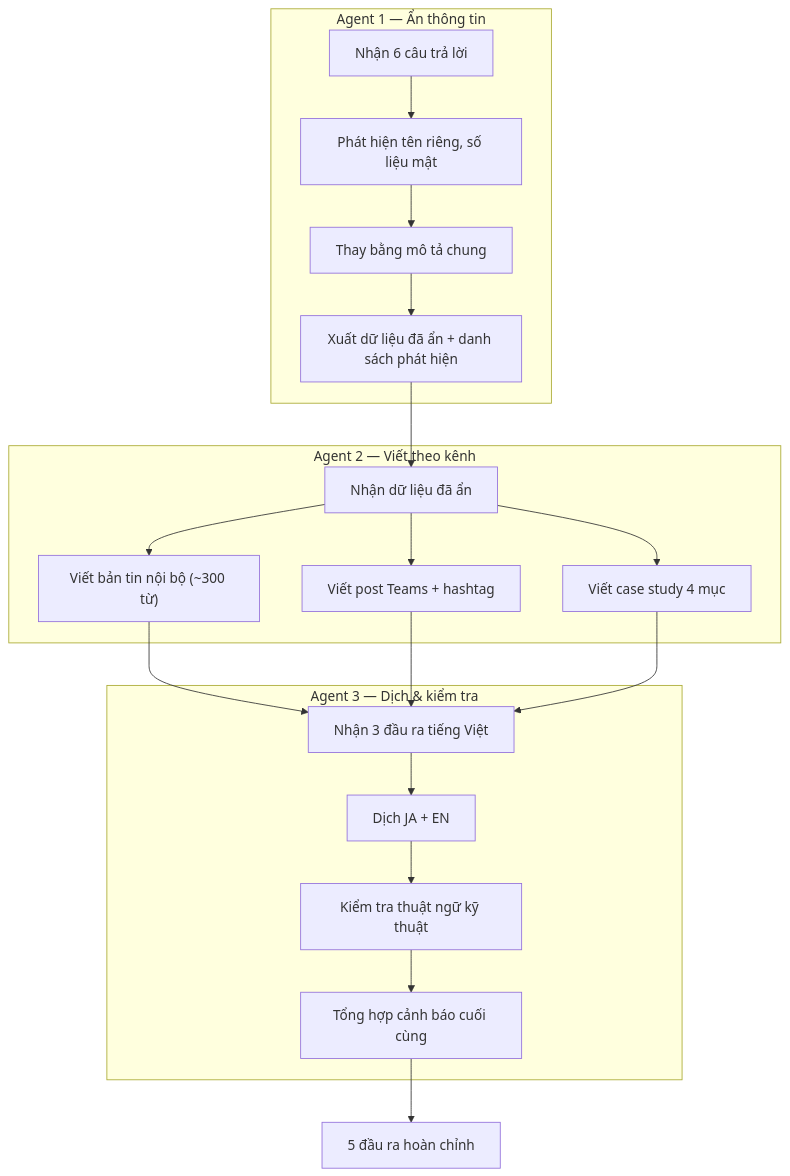
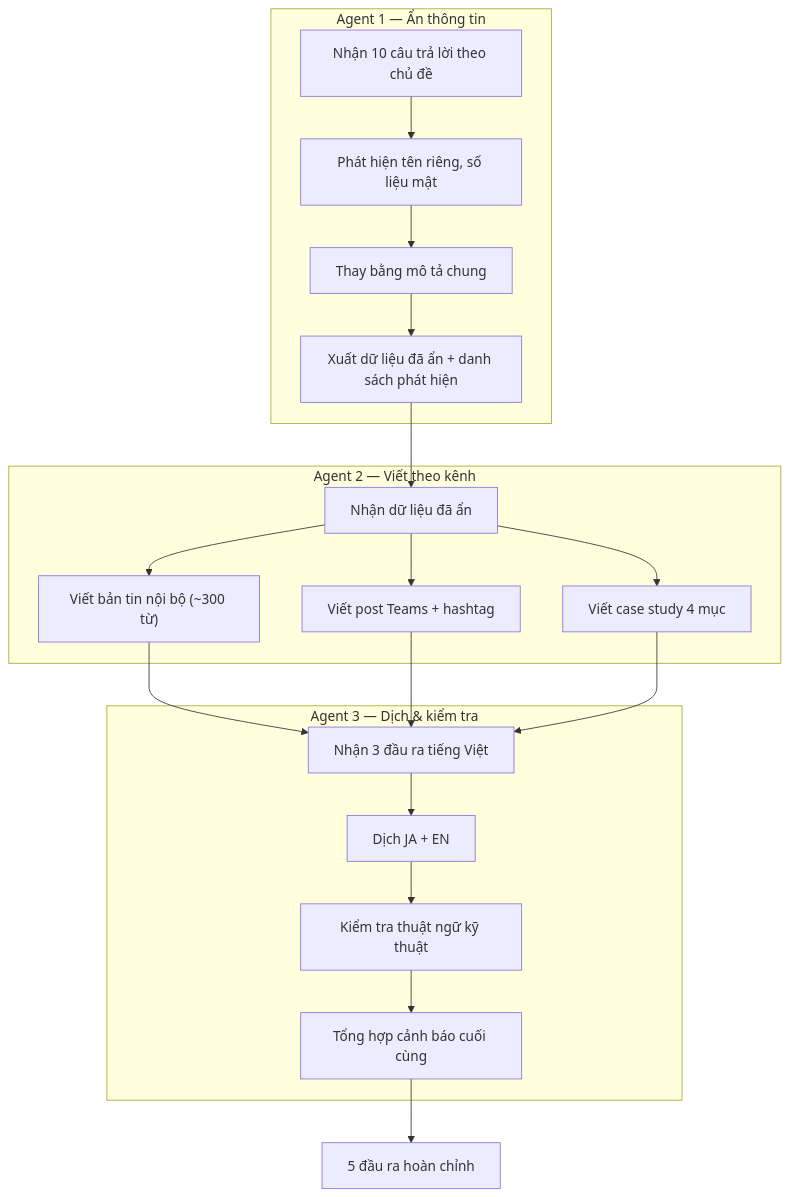
Before and after one commit to TrangVQ6/story-coders: the sixth of 6 diagrams in docs/04-process-flows.md, drawn with Mermaid. The commit also changed other lines of this file and 44 other files, not shown here.

````diff
--- a/docs/04-process-flows.md
+++ b/docs/04-process-flows.md
@@ -146,29 +158,29 @@
 ```mermaid
 flowchart TD
     subgraph Agent1["Agent 1 — Ẩn thông tin"]
-        A1["Nhận 6 câu trả lời"]
+        A1["Nhận 10 câu trả lời theo chủ đề"]
         A1 --> A2["Phát hiện tên riêng, số liệu mật"]
         A2 --> A3["Thay bằng mô tả chung"]
         A3 --> A4["Xuất dữ liệu đã ẩn + danh sách phát hiện"]
     end
 
     subgraph Agent2["Agent 2 — Viết theo kênh"]
         B1["Nhận dữ liệu đã ẩn"]
         B1 --> B2["Viết bản tin nội bộ (~300 từ)"]
         B1 --> B3["Viết post Teams + hashtag"]
         B1 --> B4["Viết case study 4 mục"]
     end
 
     subgraph Agent3["Agent 3 — Dịch & kiểm tra"]
         C1["Nhận 3 đầu ra tiếng Việt"]
         C1 --> C2["Dịch JA + EN"]
         C2 --> C3["Kiểm tra thuật ngữ kỹ thuật"]
         C3 --> C4["Tổng hợp cảnh báo cuối cùng"]
     end
 
     A4 --> B1
     B2 --> C1
     B3 --> C1
     B4 --> C1
     C4 --> D["5 đầu ra hoàn chỉnh"]
 ```
````
